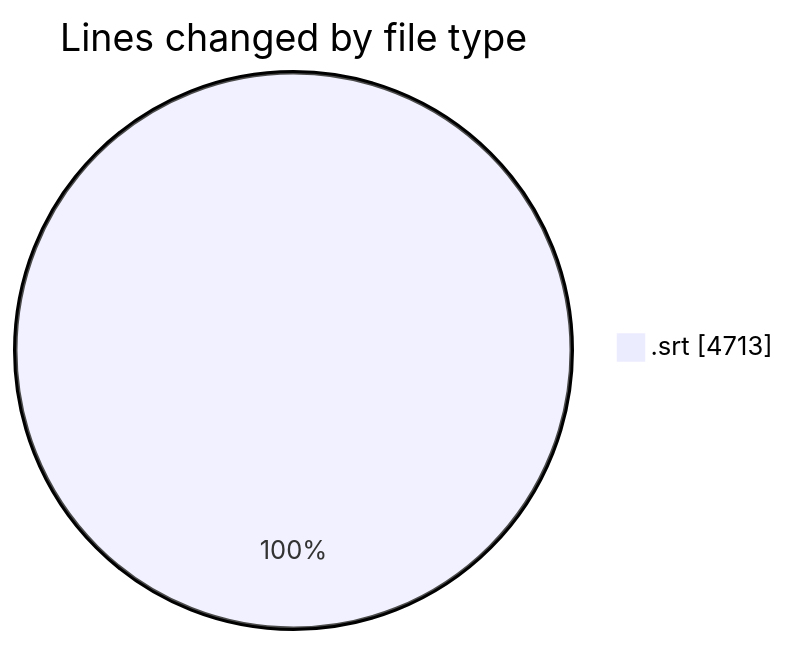
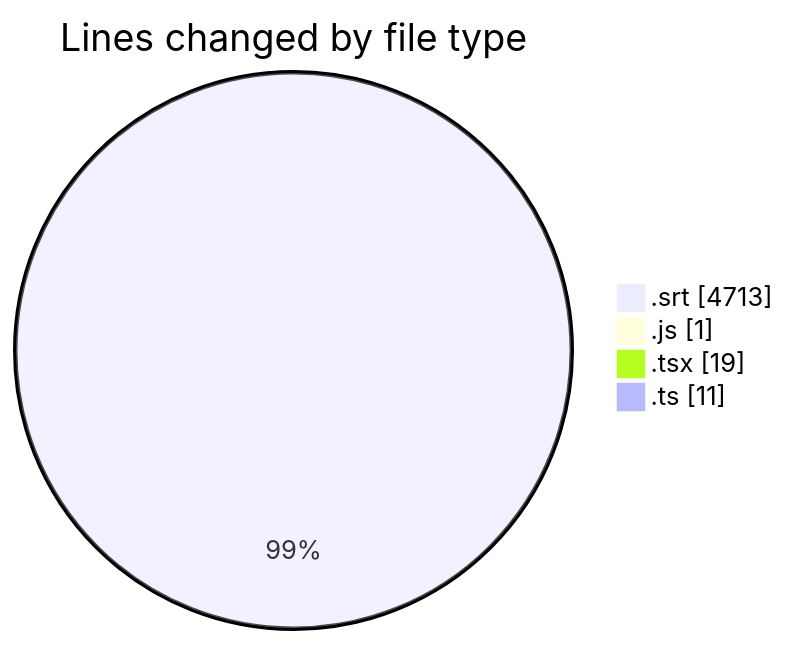
Before and after one commit to momahboobian/code-tracking: the first of 2 diagrams in 2026-09-21/cda/README.md, drawn with Mermaid. The commit also changed other lines of this file and 1 other file, not shown here.

````diff
--- a/2026-09-21/cda/README.md
+++ b/2026-09-21/cda/README.md
@@ -20,5 +24,8 @@
 ```mermaid
 pie showData
 title Lines changed by file type
 ".srt" : 4713
+".js" : 1
+".tsx" : 19
+".ts" : 11
 ```
````
